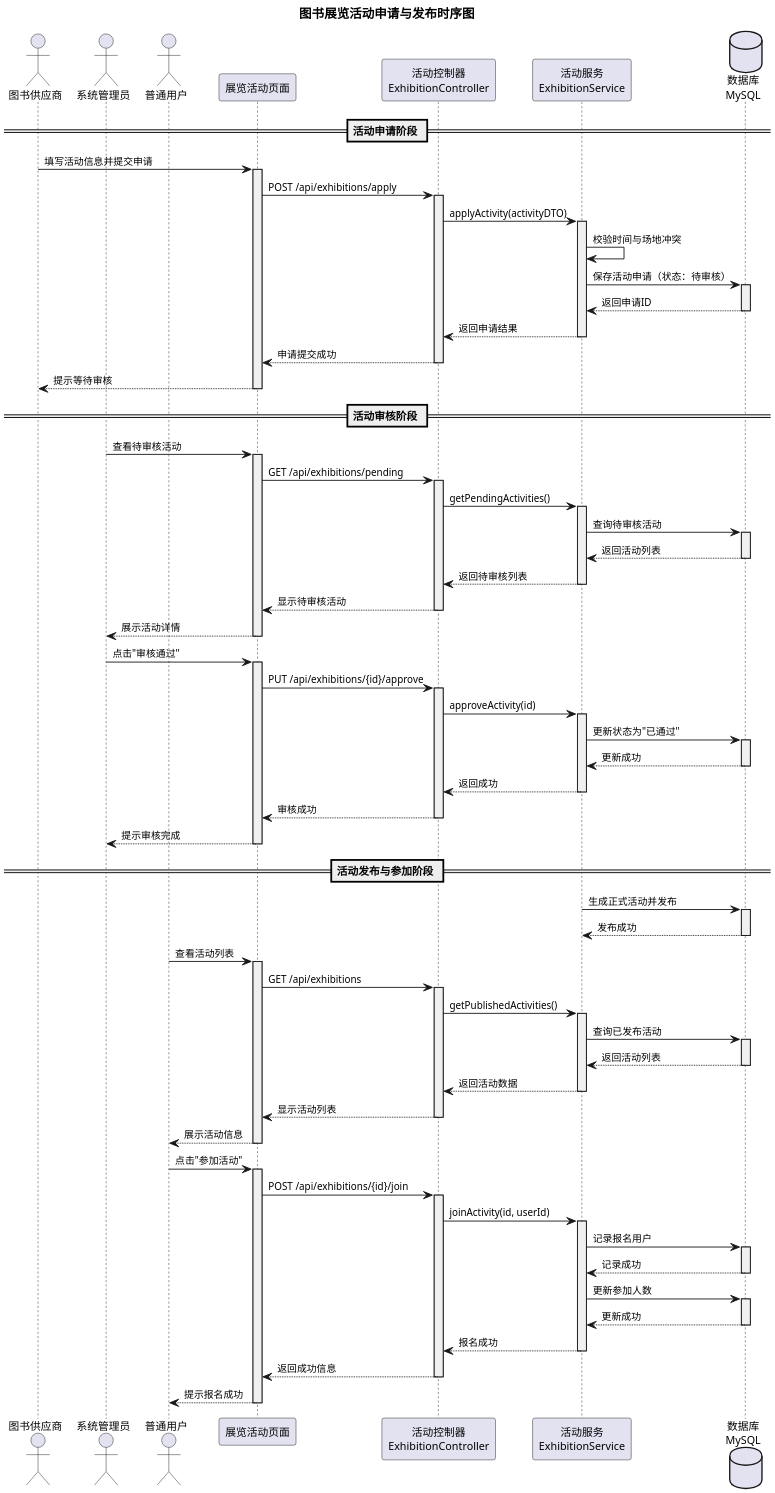
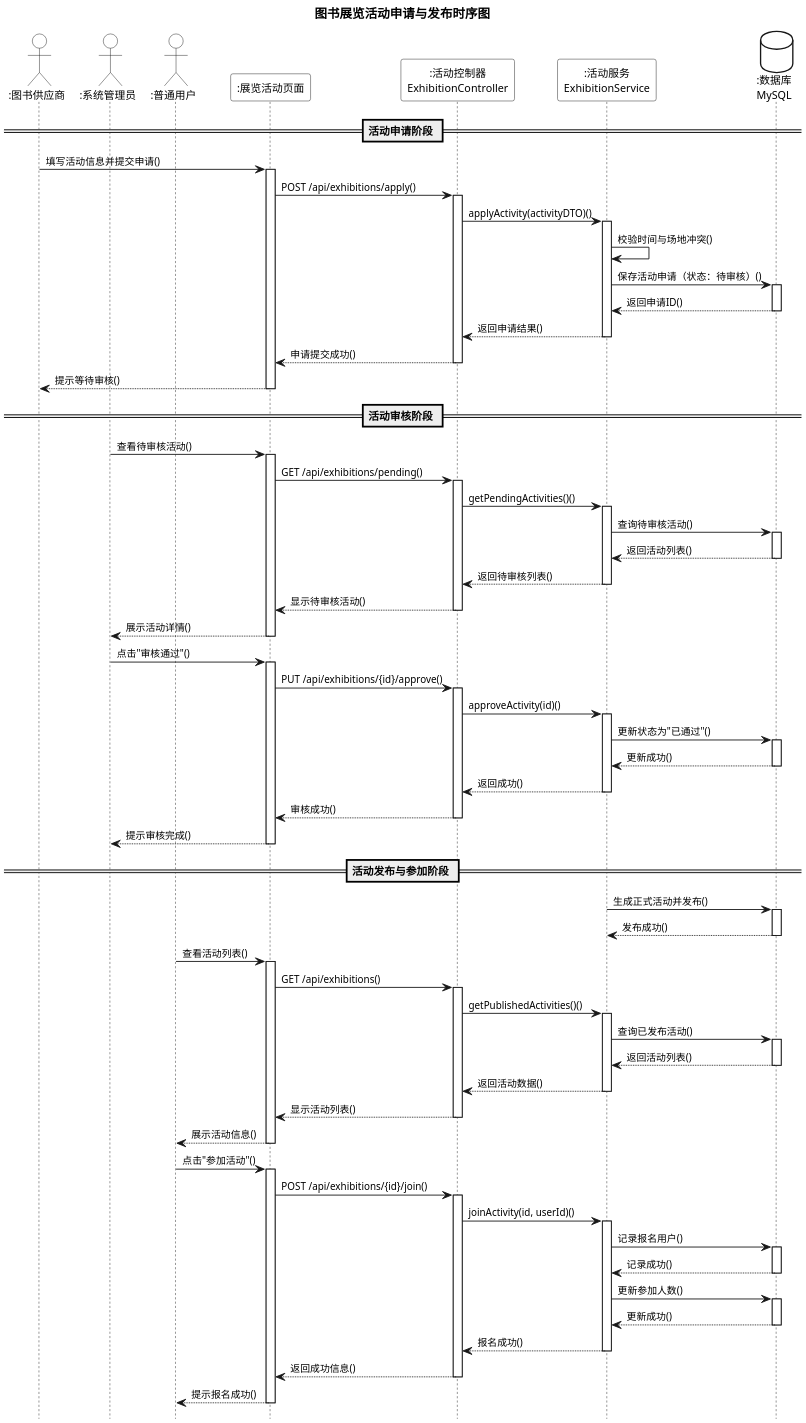
The seventh of 8 diagrams in 修改后的论文内容.md (lvolk555/Trea--warehouse-), drawn with PlantUML before and after one commit. The commit also changed other lines of this file, not shown here.

Commit message:
更新PlantUML时序图格式：激活块白色填充、组件透明背景、hide footbox、组件名加冒号、消息加括号

````diff
--- a/修改后的论文内容.md
+++ b/修改后的论文内容.md
@@ -1195,5 +1230,6 @@
 ```plantuml
 @startuml
+hide footbox
 skinparam defaultFontName "SimSun"
 skinparam defaultFontSize 12
 skinparam sequence {
@@ -1201,172 +1237,178 @@
     ArrowFontSize 11
     ParticipantFontName "SimSun"
     ParticipantFontSize 12
-    LifeLineBackgroundColor #F0F0F0
 }
+skinparam ParticipantBackgroundColor transparent
+skinparam ActorBackgroundColor transparent
+skinparam DatabaseBackgroundColor transparent
+skinparam NoteBackgroundColor transparent
+skinparam GroupBackgroundColor transparent
+skinparam LegendBackgroundColor transparent
+skinparam TitleBackgroundColor transparent
 skinparam dpi 200
 
 title 图书展览活动申请与发布时序图
 
-actor "图书供应商" as Supplier
-actor "系统管理员" as Admin
-actor "普通用户" as User
-participant "展览活动页面" as ActivityPage
-participant "活动控制器\nExhibitionController" as Controller
-participant "活动服务\nExhibitionService" as Service
-database "数据库\nMySQL" as DB
+actor ":图书供应商" as Supplier
+actor ":系统管理员" as Admin
+actor ":普通用户" as User
+participant ":展览活动页面" as ActivityPage
+participant ":活动控制器\nExhibitionController" as Controller
+participant ":活动服务\nExhibitionService" as Service
+database ":数据库\nMySQL" as DB
 
 == 活动申请阶段 ==
 
-Supplier -> ActivityPage: 填写活动信息并提交申请
+Supplier -> ActivityPage: 填写活动信息并提交申请()
 activate ActivityPage
 
-ActivityPage -> Controller: POST /api/exhibitions/apply
+ActivityPage -> Controller: POST /api/exhibitions/apply()
 activate Controller
 
-Controller -> Service: applyActivity(activityDTO)
+Controller -> Service: applyActivity(activityDTO)()
 activate Service
 
-Service -> Service: 校验时间与场地冲突
+Service -> Service: 校验时间与场地冲突()
 
-Service -> DB: 保存活动申请（状态：待审核）
+Service -> DB: 保存活动申请（状态：待审核）()
 activate DB
-DB --> Service: 返回申请ID
+DB --> Service: 返回申请ID()
 
 deactivate DB
 
-Service --> Controller: 返回申请结果
+Service --> Controller: 返回申请结果()
 
 deactivate Service
 
-Controller --> ActivityPage: 申请提交成功
+Controller --> ActivityPage: 申请提交成功()
 
 deactivate Controller
 
-ActivityPage --> Supplier: 提示等待审核
+ActivityPage --> Supplier: 提示等待审核()
 
 deactivate ActivityPage
 
 == 活动审核阶段 ==
 
-Admin -> ActivityPage: 查看待审核活动
+Admin -> ActivityPage: 查看待审核活动()
 activate ActivityPage
 
-ActivityPage -> Controller: GET /api/exhibitions/pending
+ActivityPage -> Controller: GET /api/exhibitions/pending()
 activate Controller
 
-Controller -> Service: getPendingActivities()
+Controller -> Service: getPendingActivities()()
 activate Service
 
-Service -> DB: 查询待审核活动
+Service -> DB: 查询待审核活动()
 activate DB
-DB --> Service: 返回活动列表
+DB --> Service: 返回活动列表()
 
 deactivate DB
 
-Service --> Controller: 返回待审核列表
+Service --> Controller: 返回待审核列表()
 
 deactivate Service
 
-Controller --> ActivityPage: 显示待审核活动
+Controller --> ActivityPage: 显示待审核活动()
 
 deactivate Controller
 
-ActivityPage --> Admin: 展示活动详情
+ActivityPage --> Admin: 展示活动详情()
 
 deactivate ActivityPage
 
-Admin -> ActivityPage: 点击"审核通过"
+Admin -> ActivityPage: 点击"审核通过"()
 activate ActivityPage
 
-ActivityPage -> Controller: PUT /api/exhibitions/{id}/approve
+ActivityPage -> Controller: PUT /api/exhibitions/{id}/approve()
 activate Controller
 
-Controller -> Service: approveActivity(id)
+Controller -> Service: approveActivity(id)()
 activate Service
 
-Service -> DB: 更新状态为"已通过"
+Service -> DB: 更新状态为"已通过"()
 activate DB
-DB --> Service: 更新成功
+DB --> Service: 更新成功()
 
 deactivate DB
 
-Service --> Controller: 返回成功
+Service --> Controller: 返回成功()
 
 deactivate Service
 
-Controller --> ActivityPage: 审核成功
+Controller --> ActivityPage: 审核成功()
 
 deactivate Controller
 
-ActivityPage --> Admin: 提示审核完成
+ActivityPage --> Admin: 提示审核完成()
 
 deactivate ActivityPage
 
 == 活动发布与参加阶段 ==
 
-Service -> DB: 生成正式活动并发布
+Service -> DB: 生成正式活动并发布()
 activate DB
-DB --> Service: 发布成功
+DB --> Service: 发布成功()
 
 deactivate DB
 
-User -> ActivityPage: 查看活动列表
+User -> ActivityPage: 查看活动列表()
 activate ActivityPage
 
-ActivityPage -> Controller: GET /api/exhibitions
+ActivityPage -> Controller: GET /api/exhibitions()
 activate Controller
 
-Controller -> Service: getPublishedActivities()
+Controller -> Service: getPublishedActivities()()
 activate Service
 
-Service -> DB: 查询已发布活动
+Service -> DB: 查询已发布活动()
 activate DB
-DB --> Service: 返回活动列表
+DB --> Service: 返回活动列表()
 
 deactivate DB
 
-Service --> Controller: 返回活动数据
+Service --> Controller: 返回活动数据()
 
 deactivate Service
 
-Controller --> ActivityPage: 显示活动列表
+Controller --> ActivityPage: 显示活动列表()
 
 deactivate Controller
 
-ActivityPage --> User: 展示活动信息
+ActivityPage --> User: 展示活动信息()
 
 deactivate ActivityPage
 
-User -> ActivityPage: 点击"参加活动"
+User -> ActivityPage: 点击"参加活动"()
 activate ActivityPage
 
-ActivityPage -> Controller: POST /api/exhibitions/{id}/join
+ActivityPage -> Controller: POST /api/exhibitions/{id}/join()
 activate Controller
 
-Controller -> Service: joinActivity(id, userId)
+Controller -> Service: joinActivity(id, userId)()
 activate Service
 
-Service -> DB: 记录报名用户
+Service -> DB: 记录报名用户()
 activate DB
-DB --> Service: 记录成功
+DB --> Service: 记录成功()
 
 deactivate DB
 
-Service -> DB: 更新参加人数
+Service -> DB: 更新参加人数()
 activate DB
-DB --> Service: 更新成功
+DB --> Service: 更新成功()
 
 deactivate DB
 
-Service --> Controller: 报名成功
+Service --> Controller: 报名成功()
 
 deactivate Service
 
-Controller --> ActivityPage: 返回成功信息
+Controller --> ActivityPage: 返回成功信息()
 
 deactivate Controller
 
-ActivityPage --> User: 提示报名成功
+ActivityPage --> User: 提示报名成功()
 
 deactivate ActivityPage
 
````
